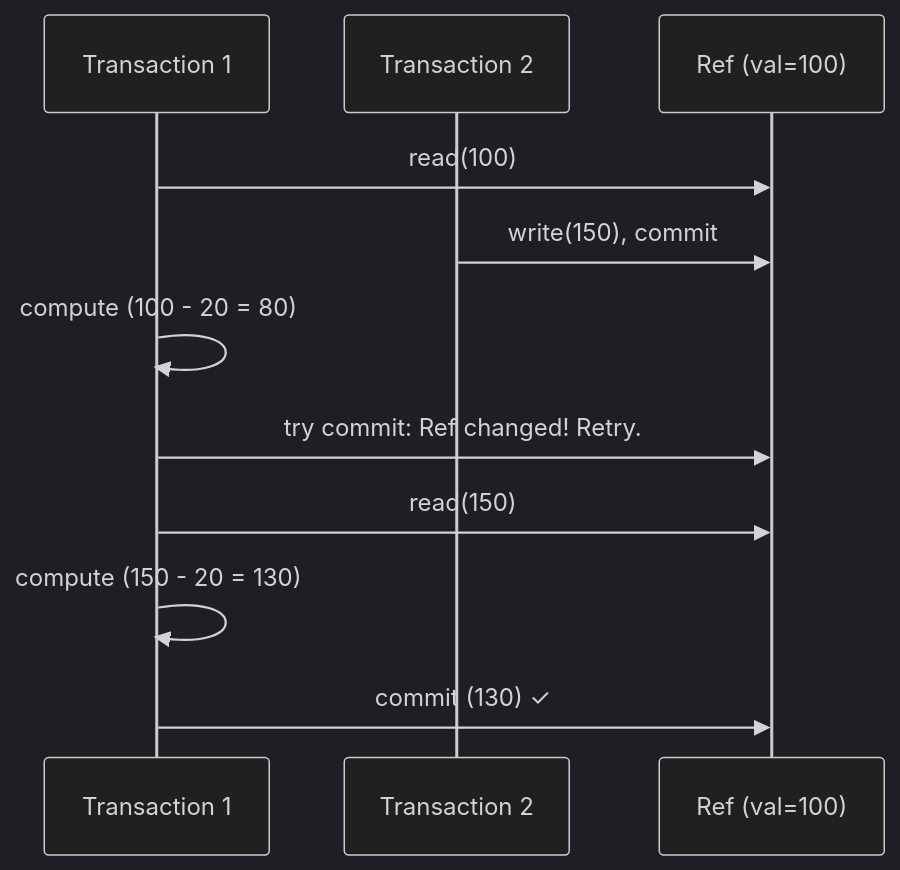
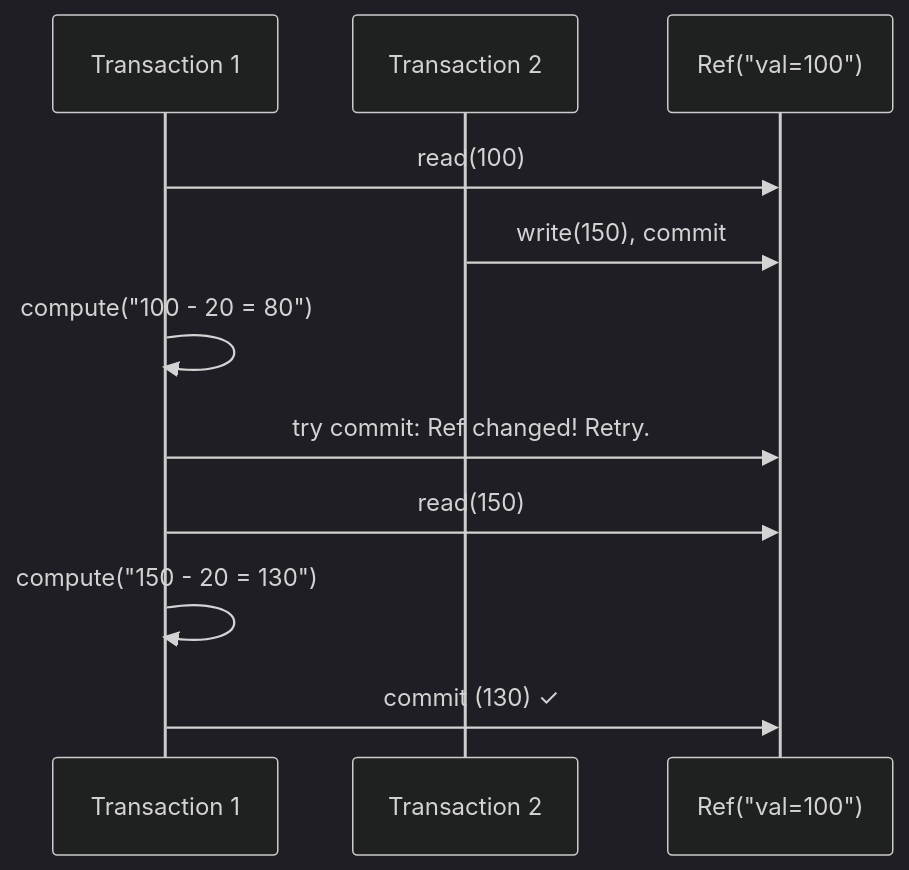
The diagram in content/questions/fundamentals/software-transactional-memory.md (pploc/swe-icon-the-moment), drawn with Mermaid (dark theme) before and after one commit. The commit also changed 167 other files, not shown here.

````diff
--- a/content/questions/fundamentals/software-transactional-memory.md
+++ b/content/questions/fundamentals/software-transactional-memory.md
@@ -39,13 +39,14 @@
 ```mermaid
 sequenceDiagram
     participant T1 as Transaction 1
     participant T2 as Transaction 2
-    participant Ref as Ref (val=100)
+    participant Ref as Ref("val=100")
     T1->>Ref: read(100)
     T2->>Ref: write(150), commit
-    T1->>T1: compute (100 - 20 = 80)
+    T1->>T1: compute("100 - 20 = 80")
     T1->>Ref: try commit: Ref changed! Retry.
     T1->>Ref: read(150)
-    T1->>T1: compute (150 - 20 = 130)
+    T1->>T1: compute("150 - 20 = 130")
     T1->>Ref: commit (130) ✓
+
 ```
````
